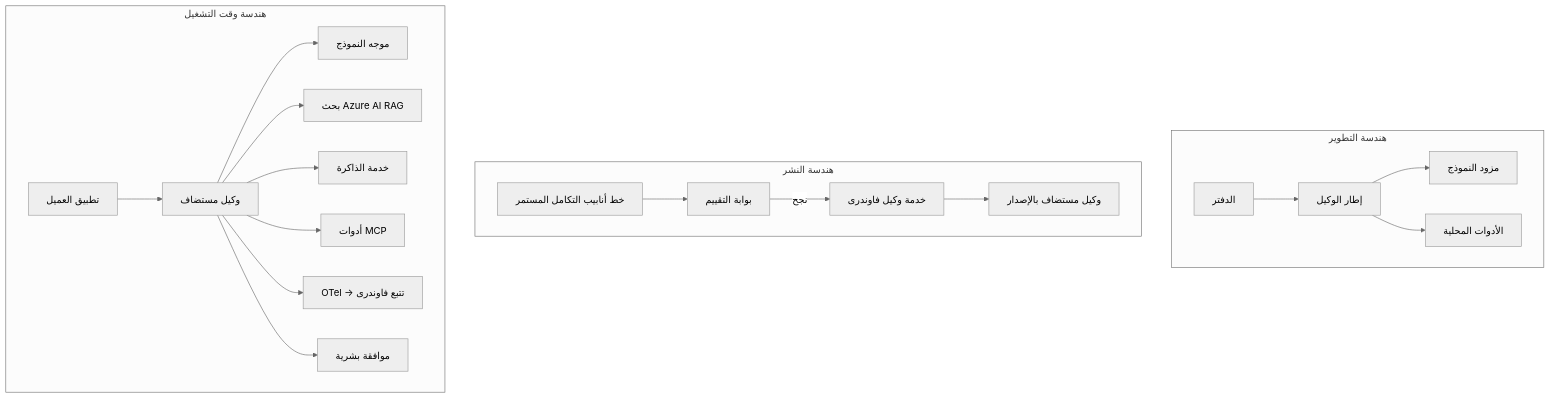
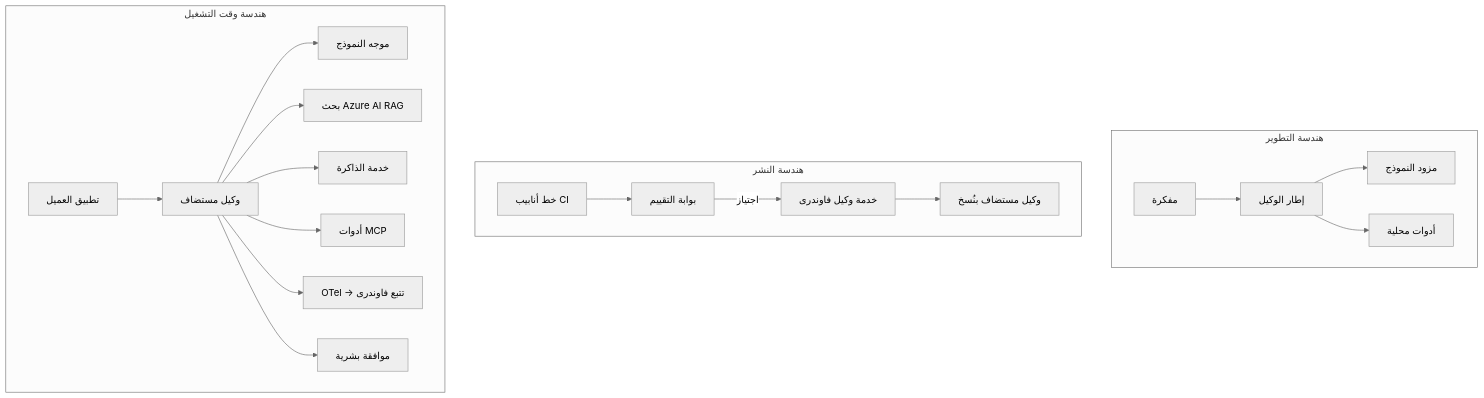
Before and after one commit to gabrielmoreira/agent-skills-mirror: the fourth of 4 diagrams in mirrors/repos/microsoft@ai-agents-for-beginners/translations/ar/16-deploying-scalable-agents/README.md, drawn with Mermaid (neutral theme). The commit also changed other lines of this file and 3581 other files, not shown here.

````diff
--- a/mirrors/repos/microsoft@ai-agents-for-beginners/translations/ar/16-deploying-scalable-agents/README.md
+++ b/mirrors/repos/microsoft@ai-agents-for-beginners/translations/ar/16-deploying-scalable-agents/README.md
@@ -185,22 +185,22 @@
 ```mermaid
 flowchart TB
     subgraph Dev[هندسة التطوير]
-        D1[الدفتر] --> D2[إطار الوكيل]
+        D1[مفكرة] --> D2[إطار الوكيل]
         D2 --> D3[مزود النموذج]
-        D2 --> D4[الأدوات المحلية]
+        D2 --> D4[أدوات محلية]
     end
     subgraph Deploy[هندسة النشر]
-        E1[خط أنابيب التكامل المستمر] --> E2[بوابة التقييم]
-        E2 -->|نجح| E3[خدمة وكيل فاوندرى]
-        E3 --> E4[وكيل مستضاف بالإصدار]
+        E1[خط أنابيب CI] --> E2[بوابة التقييم]
+        E2 -->|اجتياز| E3[خدمة وكيل فاوندرى]
+        E3 --> E4[وكيل مستضاف بنُسخ]
     end
     subgraph Run[هندسة وقت التشغيل]
         F1[تطبيق العميل] --> F2[وكيل مستضاف]
         F2 --> F3[موجه النموذج]
         F2 --> F4[بحث Azure AI RAG]
         F2 --> F5[خدمة الذاكرة]
         F2 --> F6[أدوات MCP]
         F2 --> F7[OTel -> تتبع فاوندرى]
         F2 --> F8[موافقة بشرية]
     end
 ```
````
